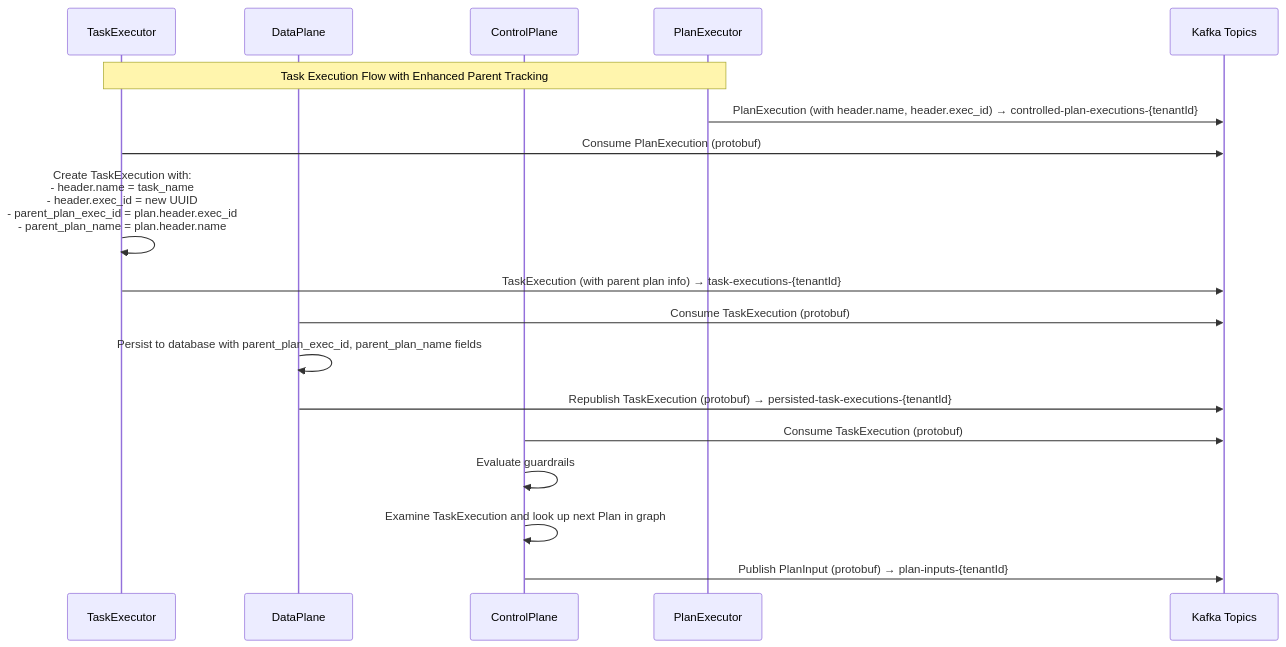
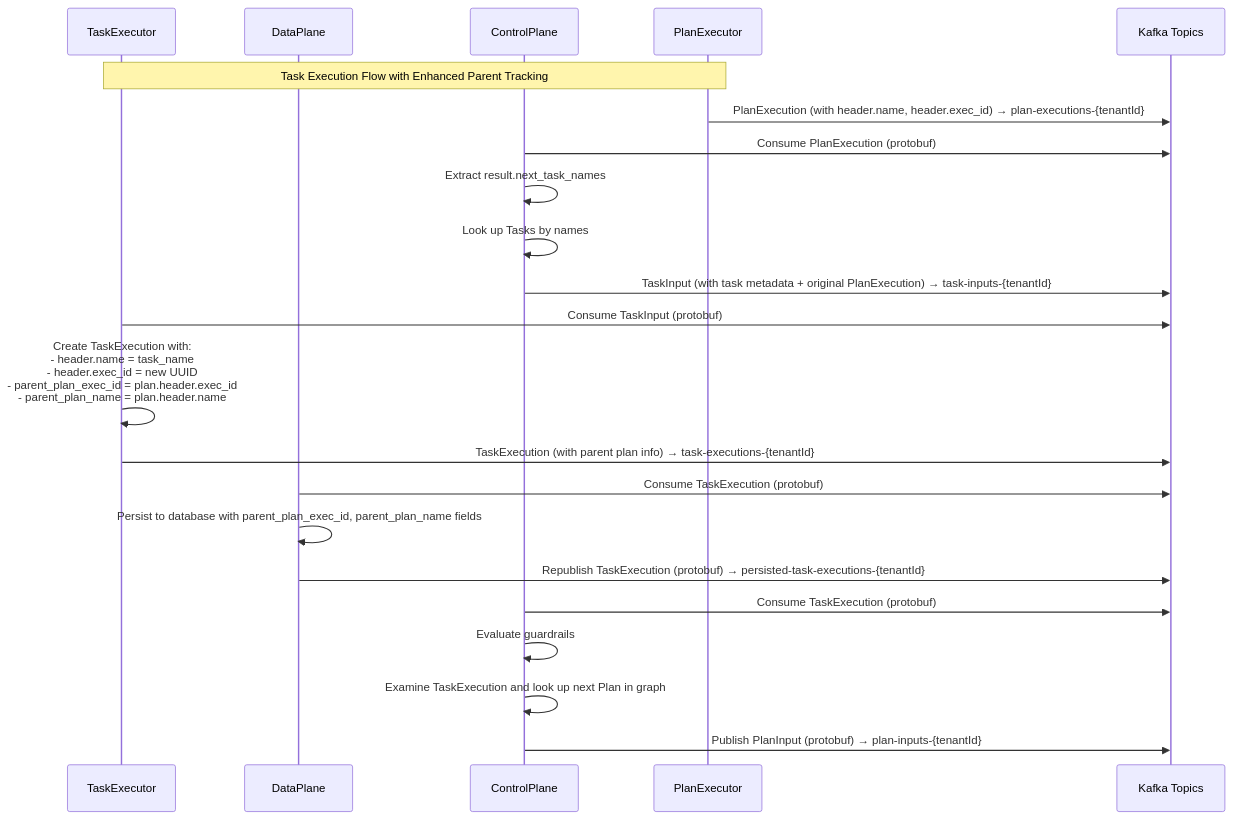
Before and after one commit to paul-callahan/scalable-agent-framework: the second of 3 diagrams in docs/DataFlow.md, drawn with Mermaid. The commit also changed other lines of this file and 16 other files, not shown here.

````diff
--- a/docs/DataFlow.md
+++ b/docs/DataFlow.md
@@ -70,22 +70,26 @@
 ```mermaid
 sequenceDiagram
     participant TE as TaskExecutor
     participant DP as DataPlane
     participant CP as ControlPlane
     participant PE as PlanExecutor
     participant K as Kafka Topics
 
     Note over TE,PE: Task Execution Flow with Enhanced Parent Tracking
 
-    PE->>K: PlanExecution (with header.name, header.exec_id) → controlled-plan-executions-{tenantId}
-    TE->>K: Consume PlanExecution (protobuf)
+    PE->>K: PlanExecution (with header.name, header.exec_id) → plan-executions-{tenantId}
+    CP->>K: Consume PlanExecution (protobuf)
+    CP->>CP: Extract result.next_task_names
+    CP->>CP: Look up Tasks by names
+    CP->>K: TaskInput (with task metadata + original PlanExecution) → task-inputs-{tenantId}
+    TE->>K: Consume TaskInput (protobuf)
     TE->>TE: Create TaskExecution with:<br/>- header.name = task_name<br/>- header.exec_id = new UUID<br/>- parent_plan_exec_id = plan.header.exec_id<br/>- parent_plan_name = plan.header.name
     TE->>K: TaskExecution (with parent plan info) → task-executions-{tenantId}
     DP->>K: Consume TaskExecution (protobuf)
     DP->>DP: Persist to database with parent_plan_exec_id, parent_plan_name fields
     DP->>K: Republish TaskExecution (protobuf) → persisted-task-executions-{tenantId}
     CP->>K: Consume TaskExecution (protobuf)
     CP->>CP: Evaluate guardrails
     CP->>CP: Examine TaskExecution and look up next Plan in graph
     CP->>K: Publish PlanInput (protobuf) → plan-inputs-{tenantId}
 ```
````
